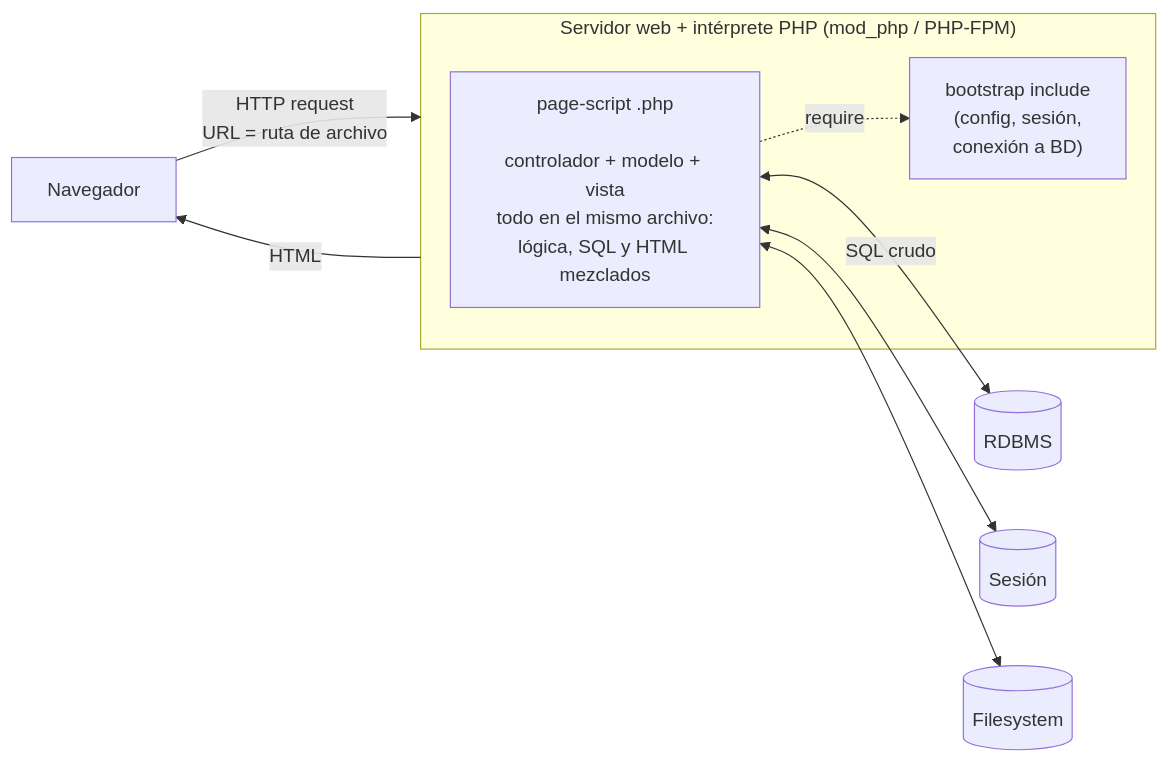
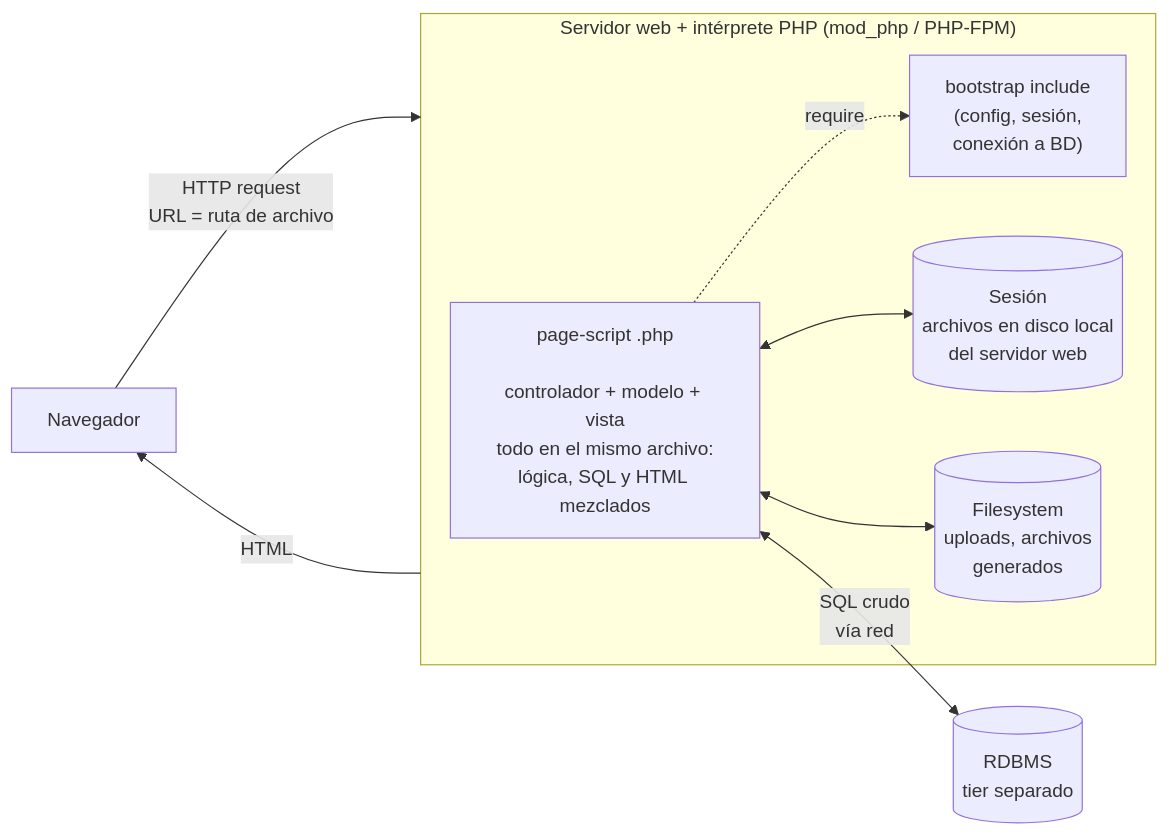
One commit to kirhammer/oscommerce-experimento changed the diagram in docs/entrega-1-escenario-de-modernizacion.md. Above: the diagram before and after it, drawn with Mermaid.

Commit message:
docs(entrega-1): co-locate session and filesystem with the web tier
PHP clásico's default session save handler stores session data as
files on the web server's local disk, and "filesystem" here refers
to that same local disk. They're not a separate tier — they're
implementation details of the web tier. Only the RDBMS is a
genuinely separate infra tier (network protocol, different host).

Moves Sess and FS inside the WebTier subgraph and labels the
RDBMS edge as "vía red" to make the real tier boundary explicit.

````diff
--- a/docs/entrega-1-escenario-de-modernizacion.md
+++ b/docs/entrega-1-escenario-de-modernizacion.md
@@ -51,20 +51,20 @@
 ```mermaid
 flowchart LR
     Client[Navegador]
 
     subgraph WebTier["Servidor web + intérprete PHP (mod_php / PHP-FPM)"]
         Script["page-script .php<br/><br/>controlador + modelo + vista<br/>todo en el mismo archivo:<br/>lógica, SQL y HTML mezclados"]
         Boot["bootstrap include<br/>(config, sesión,<br/>conexión a BD)"]
+        Sess[(Sesión<br/>archivos en disco local<br/>del servidor web)]
+        FS[(Filesystem<br/>uploads, archivos<br/>generados)]
         Script -.require.-> Boot
+        Script <--> Sess
+        Script <--> FS
     end
 
-    DB[(RDBMS)]
-    Sess[(Sesión)]
-    FS[(Filesystem)]
+    DB[(RDBMS<br/>tier separado)]
 
     Client -->|HTTP request<br/>URL = ruta de archivo| WebTier
     WebTier -->|HTML| Client
-    Script <-->|SQL crudo| DB
-    Script <--> Sess
-    Script <--> FS
+    Script <-->|SQL crudo<br/>vía red| DB
 ```
````
